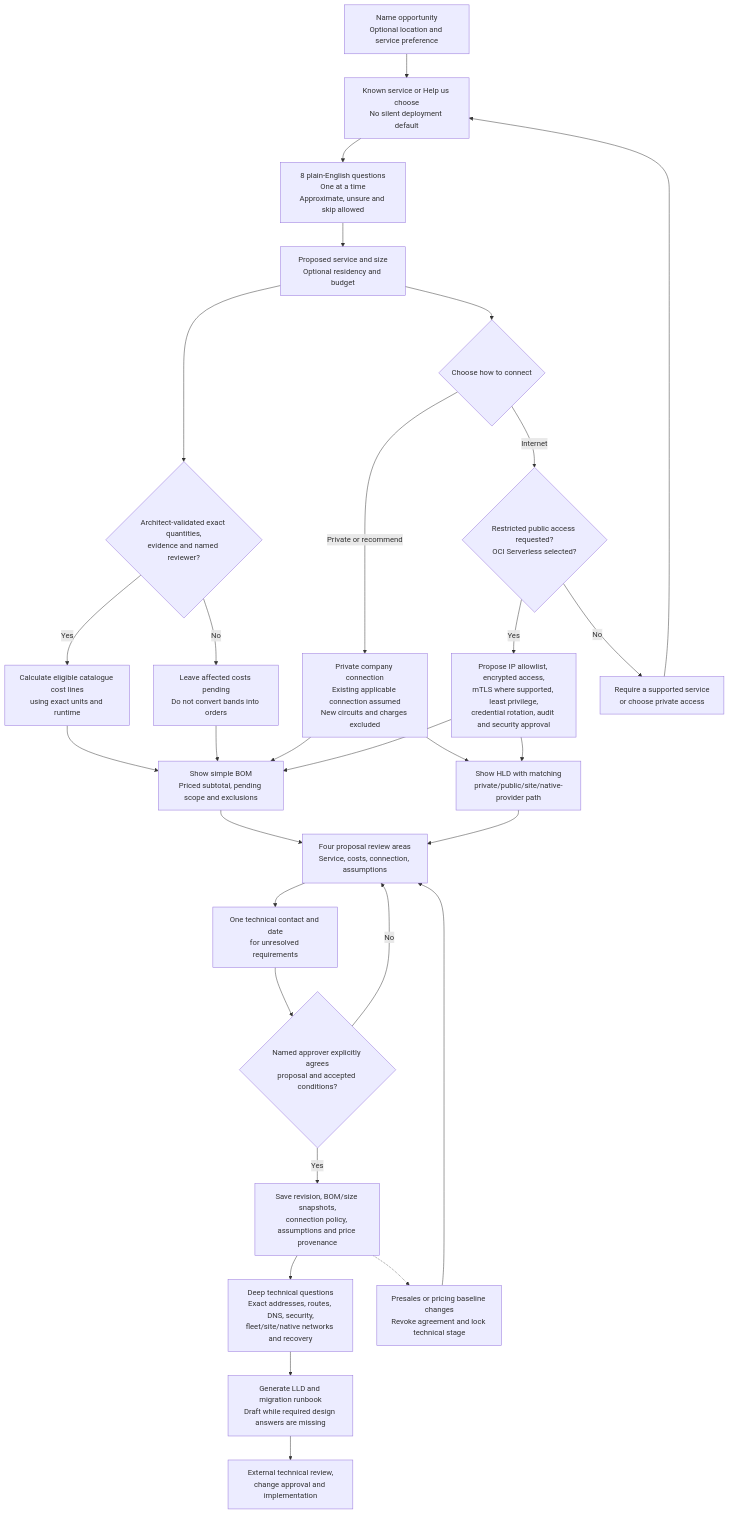
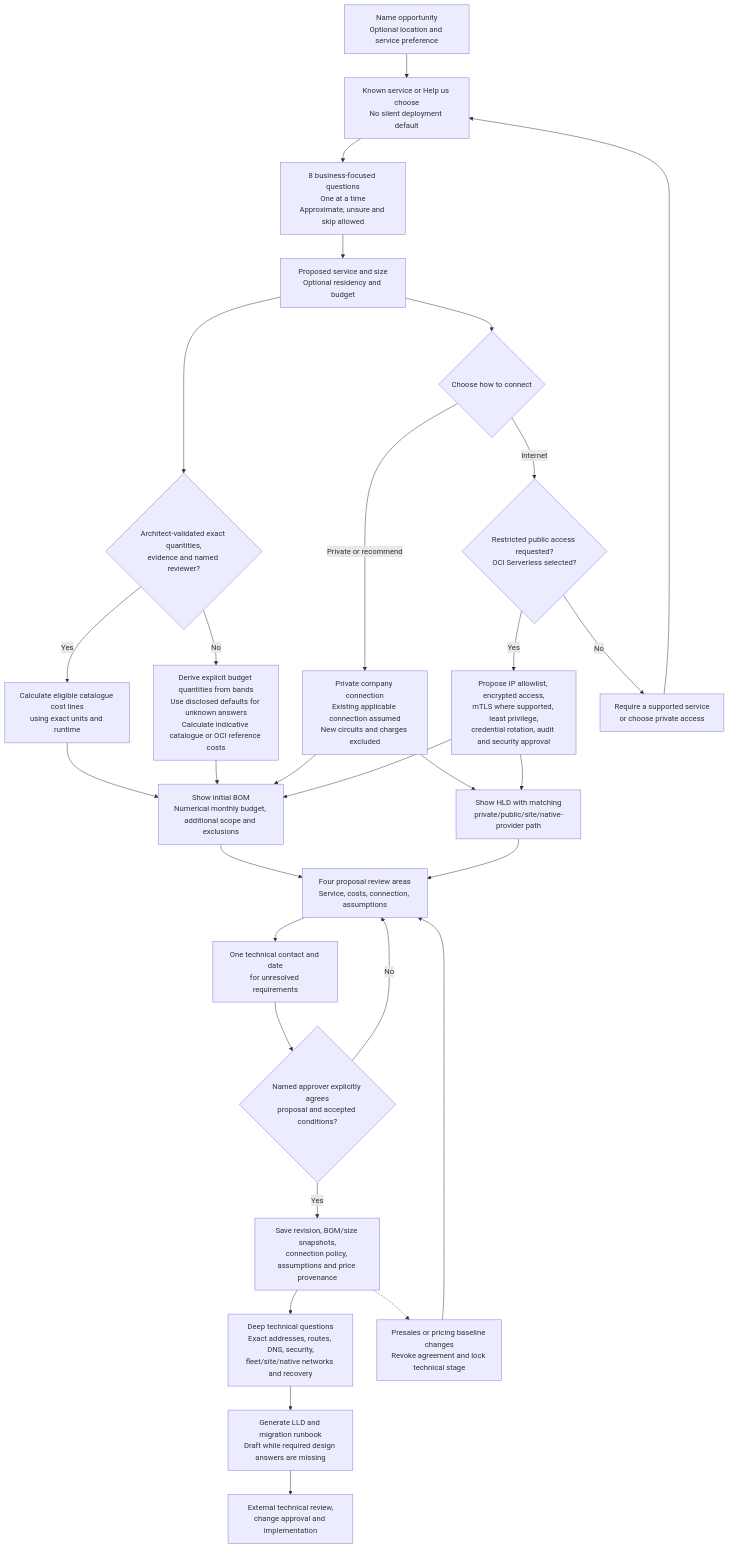
The second of 3 diagrams in docs/backend-flow.md (Ej4z4K/adb-design-studio), drawn with Mermaid before and after one commit. The commit also changed other lines of this file and 7 other files, not shown here.

Commit message:
Provide discovery-based initial BOM estimates and professional presales copy

````diff
--- a/docs/backend-flow.md
+++ b/docs/backend-flow.md
@@ -56,45 +56,45 @@
 ```mermaid
 flowchart TB
     START["Name opportunity<br/>Optional location and service preference"]
     HELP["Known service or Help us choose<br/>No silent deployment default"]
-    QUESTIONS["8 plain-English questions<br/>One at a time<br/>Approximate, unsure and skip allowed"]
+    QUESTIONS["8 business-focused questions<br/>One at a time<br/>Approximate, unsure and skip allowed"]
     SIZE["Proposed service and size<br/>Optional residency and budget"]
     VALID{"Architect-validated exact quantities,<br/>evidence and named reviewer?"}
     PRICED["Calculate eligible catalogue cost lines<br/>using exact units and runtime"]
-    PENDING["Leave affected costs pending<br/>Do not convert bands into orders"]
+    PENDING["Derive explicit budget quantities from bands<br/>Use disclosed defaults for unknown answers<br/>Calculate indicative catalogue or OCI reference costs"]
     CONNECT{"Choose how to connect"}
     PRIVATE["Private company connection<br/>Existing applicable connection assumed<br/>New circuits and charges excluded"]
     PUBLIC{"Restricted public access requested?<br/>OCI Serverless selected?"}
     CONTROLS["Propose IP allowlist, encrypted access,<br/>mTLS where supported, least privilege,<br/>credential rotation, audit and security approval"]
     UNSUPPORTED["Require a supported service<br/>or choose private access"]
-    BOM["Show simple BOM<br/>Priced subtotal, pending scope and exclusions"]
+    BOM["Show initial BOM<br/>Numerical monthly budget, additional scope and exclusions"]
     HLD["Show HLD with matching<br/>private/public/site/native-provider path"]
     REVIEW["Four proposal review areas<br/>Service, costs, connection, assumptions"]
     CONTACT["One technical contact and date<br/>for unresolved requirements"]
     AGREE{"Named approver explicitly agrees<br/>proposal and accepted conditions?"}
     SNAP["Save revision, BOM/size snapshots,<br/>connection policy, assumptions and price provenance"]
     TECH["Deep technical questions<br/>Exact addresses, routes, DNS, security,<br/>fleet/site/native networks and recovery"]
     LLD["Generate LLD and migration runbook<br/>Draft while required design answers are missing"]
     SIGNOFF["External technical review,<br/>change approval and implementation"]
     REVISE["Presales or pricing baseline changes<br/>Revoke agreement and lock technical stage"]
     START --> HELP --> QUESTIONS --> SIZE --> VALID
     VALID -->|Yes| PRICED
     VALID -->|No| PENDING
     SIZE --> CONNECT
     CONNECT -->|Private or recommend| PRIVATE
     CONNECT -->|Internet| PUBLIC
     PUBLIC -->|Yes| CONTROLS
     PUBLIC -->|No| UNSUPPORTED --> HELP
     PRICED --> BOM
     PENDING --> BOM
     PRIVATE --> BOM
     CONTROLS --> BOM
     PRIVATE --> HLD
     CONTROLS --> HLD
     BOM --> REVIEW
     HLD --> REVIEW
     REVIEW --> CONTACT --> AGREE
     AGREE -->|No| REVIEW
     AGREE -->|Yes| SNAP --> TECH --> LLD --> SIGNOFF
     SNAP -.-> REVISE --> REVIEW
 ```
````
